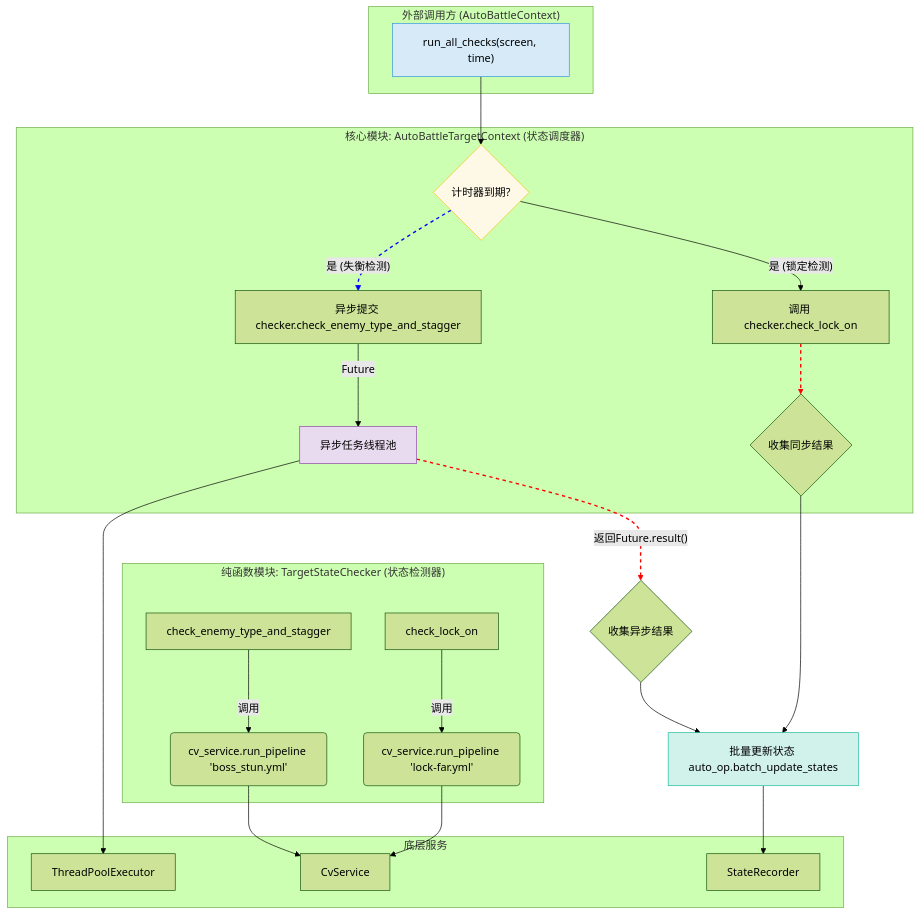
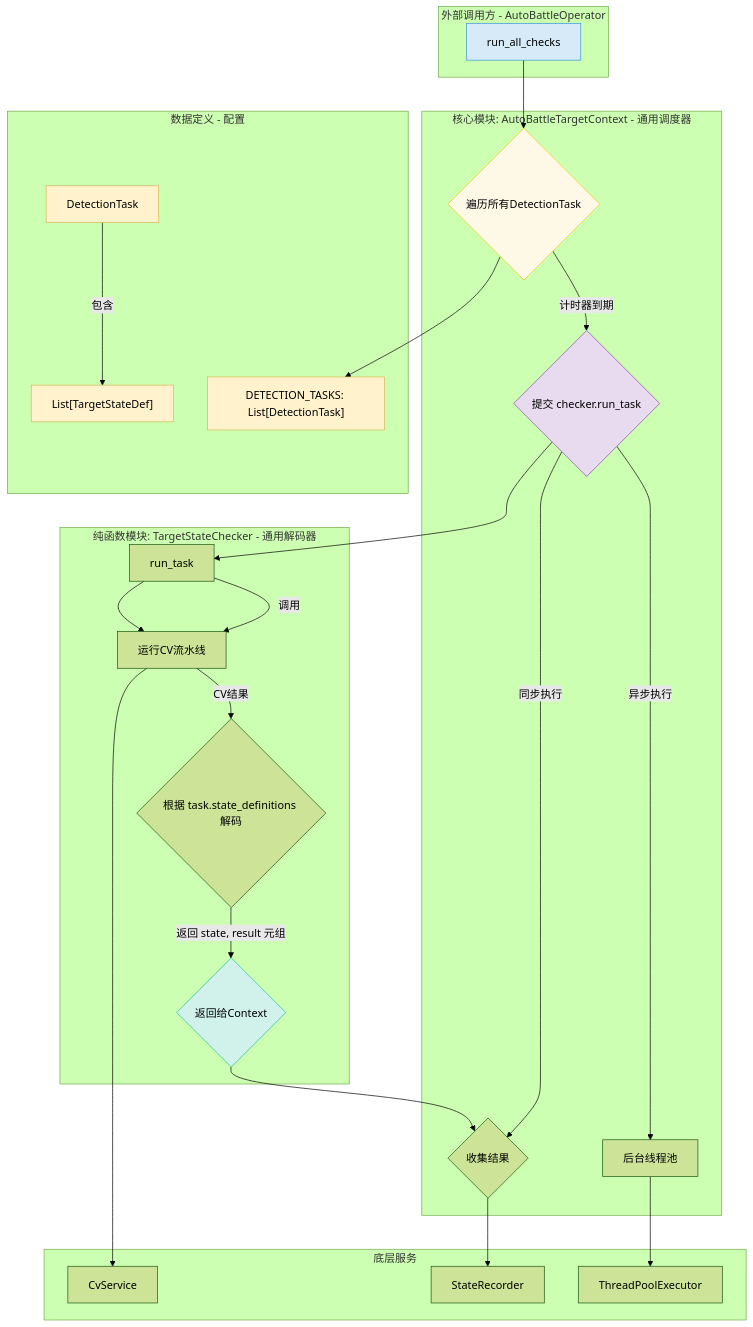
The diagram in docs/architecture/target_state_module_developer_guide.md (DoctorReid/ZenlessZoneZero-OneDragon), drawn with Mermaid (forest theme) before and after one commit. The commit also changed other lines of this file, not shown here.

````diff
--- a/docs/architecture/target_state_module_developer_guide.md
+++ b/docs/architecture/target_state_module_developer_guide.md
@@ -29,45 +29,48 @@
 ```mermaid
 graph TD
-    subgraph "外部调用方 (AutoBattleContext)"
-        A["run_all_checks(screen, time)"]
+    subgraph "外部调用方 - AutoBattleOperator"
+        A["run_all_checks"]
     end
 
-    subgraph "核心模块: AutoBattleTargetContext (状态调度器)"
-        A --> B{计时器到期?};
-        B -- "是 (锁定检测)" --> C[调用 checker.check_lock_on];
-        B -- "是 (失衡检测)" --> D[异步提交 checker.check_enemy_type_and_stagger];
-        C --> E{收集同步结果};
-        D -- "Future" --> F[异步任务线程池];
+    subgraph "核心模块: AutoBattleTargetContext - 通用调度器"
+        A --> B{遍历所有DetectionTask};
+        B -- "计时器到期" --> C{提交 checker.run_task};
+        C -- "异步执行" --> D[后台线程池];
+        C -- "同步执行" --> E{收集结果};
     end
 
-    subgraph "纯函数模块: TargetStateChecker (状态检测器)"
-        G[check_lock_on] -- "调用" --> H(cv_service.run_pipeline 'lock-far.yml');
-        I[check_enemy_type_and_stagger] -- "调用" --> J(cv_service.run_pipeline 'boss_stun.yml');
+    subgraph "纯函数模块: TargetStateChecker - 通用解码器"
+        F["run_task"] -- "调用" --> G["运行CV流水线"];
+        G -- "CV结果" --> H{根据 task.state_definitions 解码};
+        H -- "返回 state, result 元组" --> I{返回给Context};
     end
 
-    subgraph "底层服务"
-        K[ThreadPoolExecutor];
-        L[CvService];
-        M[StateRecorder];
+    subgraph "数据定义 - 配置"
+        J["DETECTION_TASKS: List[DetectionTask]"];
+        K[DetectionTask] -- "包含" --> L["List[TargetStateDef]"];
     end
     
-    F --> K;
-    H --> L;
-    J --> L;
-
-    F -- "返回Future.result()" --> N{收集异步结果};
-    E --> O[批量更新状态 auto_op.batch_update_states];
-    N --> O;
-    O --> M;
-
-    %% 关联
-    linkStyle 2 stroke:blue,stroke-width:2px,stroke-dasharray: 5 5;
-    linkStyle 3 stroke:red,stroke-width:2px,stroke-dasharray: 5 5;
-    linkStyle 10 stroke:red,stroke-width:2px,stroke-dasharray: 5 5;
+    subgraph "底层服务"
+        M[ThreadPoolExecutor];
+        N[CvService];
+        O[StateRecorder];
+    end
+    
+    %% 流程关联
+    B --> J;
+    D --> M;
+    C --> F;
+    F --> G;
+    G --> N;
+    E --> O;
+    I --> E;
 
     %% 样式
+    style J fill:#FFF2CC,stroke:#D6B656
+    style K fill:#FFF2CC,stroke:#D6B656
+    style L fill:#FFF2CC,stroke:#D6B656
     style A fill:#D6EAF8,stroke:#3498DB
     style B fill:#FEF9E7,stroke:#F1C40F
-    style F fill:#E8DAEF,stroke:#8E44AD
-    style O fill:#D1F2EB,stroke:#1ABC9C
+    style C fill:#E8DAEF,stroke:#8E44AD
+    style I fill:#D1F2EB,stroke:#1ABC9C
 ```
````
